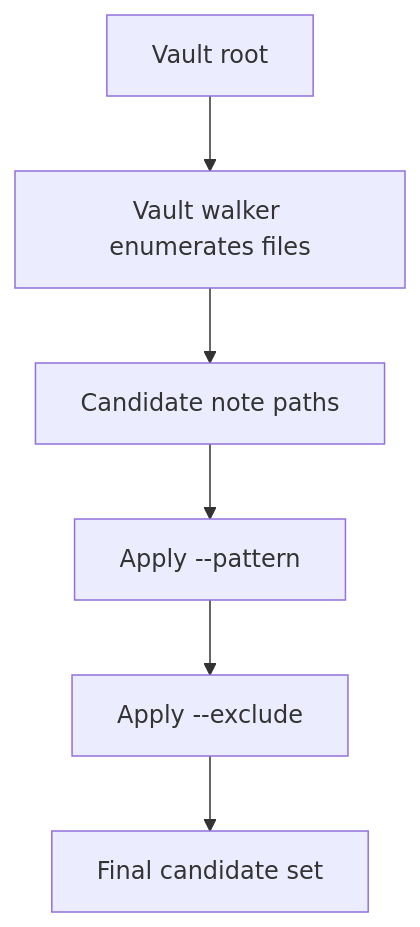
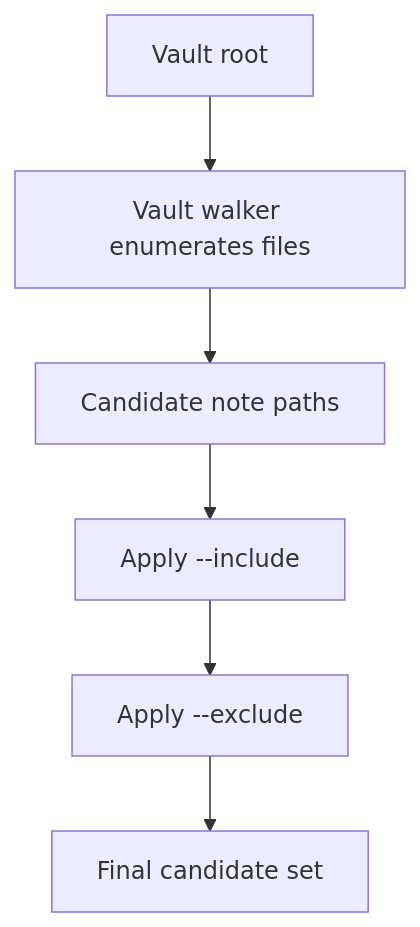
One commit to Kuldeep2822k/palee-architecture changed the fourth of 6 diagrams in User Guide/Topic Management/Adopting Topics/Adopt Commands and Options.md. Above: the diagram before and after it, drawn with Mermaid. The commit also changed other lines of this file and 5 other files, not shown here.

````diff
--- a/User Guide/Topic Management/Adopting Topics/Adopt Commands and Options.md
+++ b/User Guide/Topic Management/Adopting Topics/Adopt Commands and Options.md
@@ -147,8 +149,8 @@
 ```mermaid
 flowchart TD
     Root["Vault root"] --> Walk["Vault walker enumerates files"]
     Walk --> Candidate["Candidate note paths"]
-    Candidate --> Pattern["Apply --pattern"]
-    Pattern --> Exclude["Apply --exclude"]
+    Candidate --> Include["Apply --include"]
+    Include --> Exclude["Apply --exclude"]
     Exclude --> Result["Final candidate set"]
 ```
````
